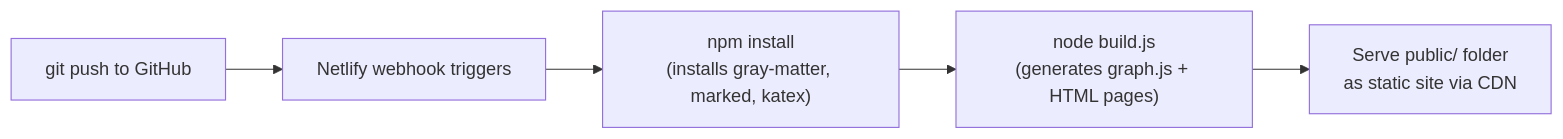
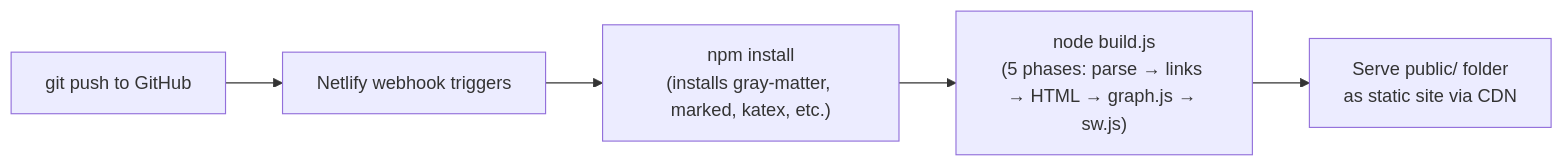
Diagram 13 of 13 in README.md (Kavyargb/Neuron-IQ), drawn with Mermaid before and after one commit. The commit also changed other lines of this file, not shown here.

First line of the commit message:
Revamp README with architecture, features, PWA

````diff
--- a/README.md
+++ b/README.md
@@ -705,7 +953,7 @@
 ```mermaid
 flowchart LR
     A["git push to GitHub"] --> B["Netlify webhook triggers"]
-    B --> C["npm install<br>(installs gray-matter, marked, katex)"]
-    C --> D["node build.js<br>(generates graph.js + HTML pages)"]
+    B --> C["npm install<br>(installs gray-matter, marked, katex, etc.)"]
+    C --> D["node build.js<br>(5 phases: parse → links → HTML → graph.js → sw.js)"]
     D --> E["Serve public/ folder<br>as static site via CDN"]
 ```
````
